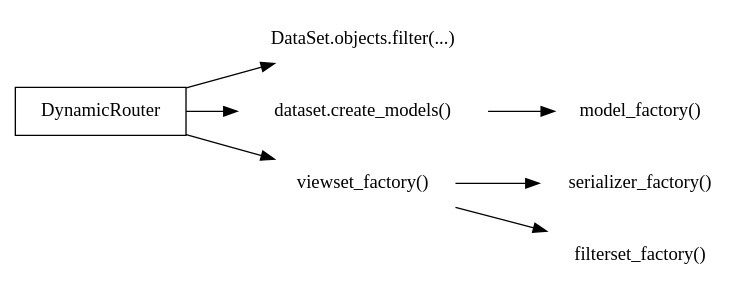
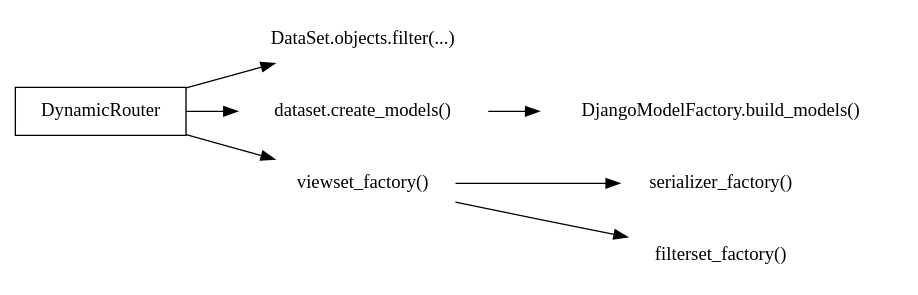
Before and after one commit to Amsterdam/dso-api: the diagram in dev-docs/source/dynamic_api.rst, drawn with Graphviz. The commit also changed other lines of this file and 7 other files, not shown here.

Commit message:
use DjangoModelFactory everywhere

```diff
--- a/dev-docs/source/dynamic_api.rst
+++ b/dev-docs/source/dynamic_api.rst
@@ -74,24 +75,24 @@
 .. graphviz::
 
     digraph foo {
 
       rankdir = LR;
 
       DynamicRouter [shape=box]
 
       get_models [label="DataSet.objects.filter(...)" shape=none]
       create_models [label="dataset.create_models()" shape=none]
-      model_factory [label="model_factory()" shape=none]
+      build_models [label="DjangoModelFactory.build_models()" shape=none]
       viewset_factory [label="viewset_factory()" shape=none]
       serializer_factory [label="serializer_factory()" shape=none]
       filterset_factory [label="filterset_factory()" shape=none]
 
       DynamicRouter -> get_models
       DynamicRouter -> create_models
-      create_models -> model_factory
+      create_models -> build_models
 
       DynamicRouter -> viewset_factory
       viewset_factory -> serializer_factory
       viewset_factory -> filterset_factory
 
     }
```
